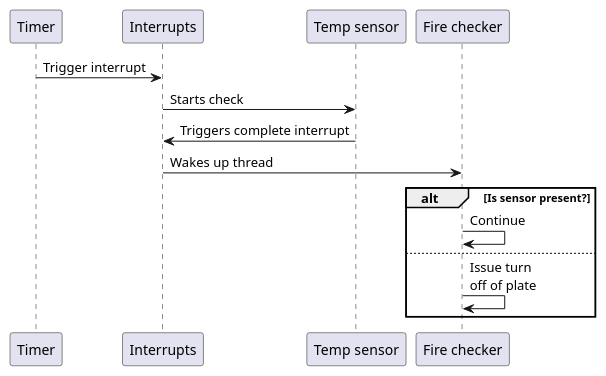
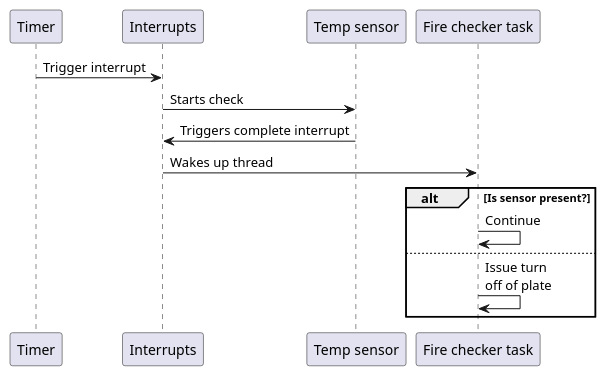
Before and after one commit to miker1423/software-testing: the seventh of 7 diagrams in arq/tasks.puml, drawn with PlantUML. The commit also changed 3 other files, not shown here.

```diff
--- a/arq/tasks.puml
+++ b/arq/tasks.puml
@@ -165,16 +165,16 @@
 @startuml "FireSafety_task"
 participant "Timer" as lpt
 participant "Interrupts" as nvic
 participant "Temp sensor" as adc
-participant "Fire checker" as life
+participant "Fire checker task" as life
 
 lpt -> nvic: Trigger interrupt
 nvic -> adc: Starts check
 adc -> nvic: Triggers complete interrupt
 nvic -> life: Wakes up thread
 alt Is sensor present?
     life -> life: Continue
 else
     life -> life: Issue turn\noff of plate
 end
 @enduml
```
